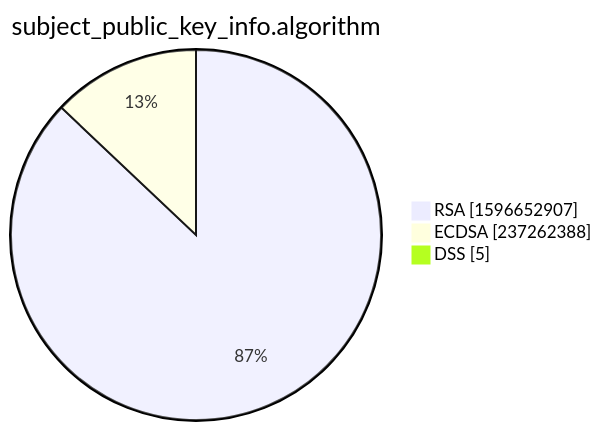
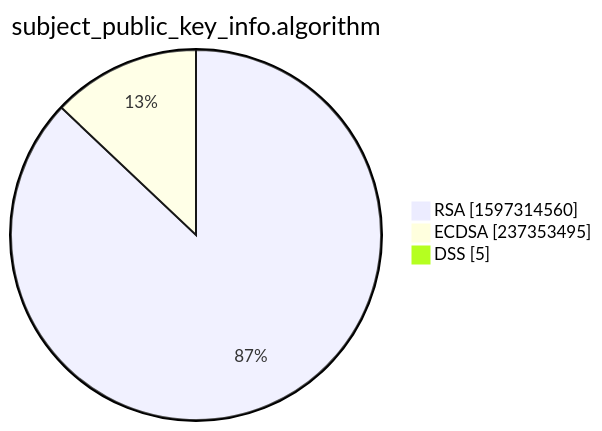
Before and after one commit to christiankrug/ctmonitor_visualization: the third of 15 diagrams in xenon2022/README.md, drawn with Mermaid. The commit also changed other lines of this file, not shown here.

````diff
--- a/xenon2022/README.md
+++ b/xenon2022/README.md
@@ -14,7 +14,7 @@
 ```mermaid
 pie showData
 title subject_public_key_info.algorithm
-"RSA" :1596652907
-"ECDSA" :237262388
+"RSA" :1597314560
+"ECDSA" :237353495
 "DSS" :5
 ```
````
